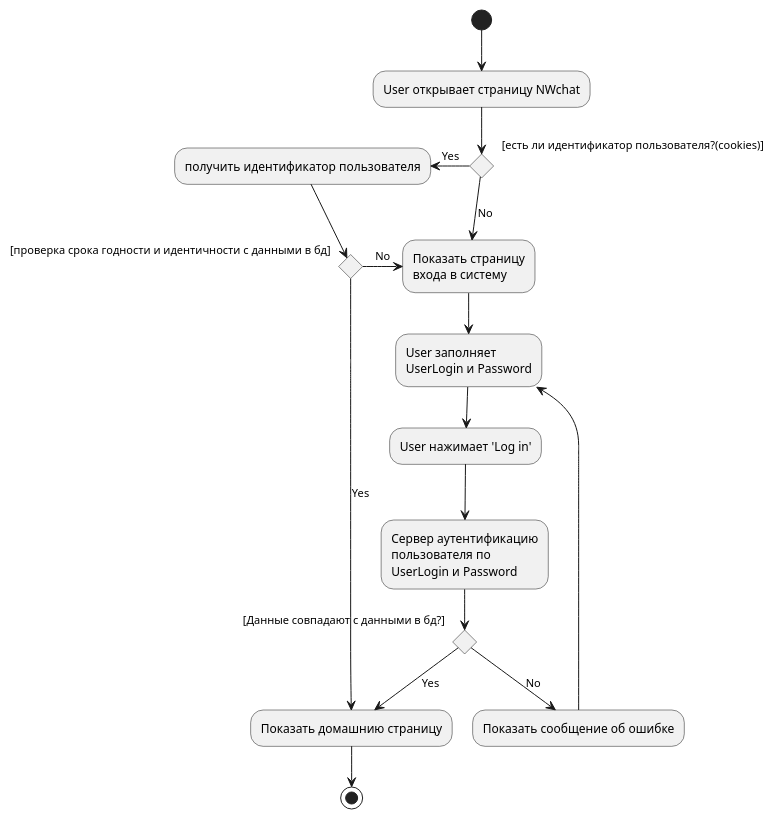
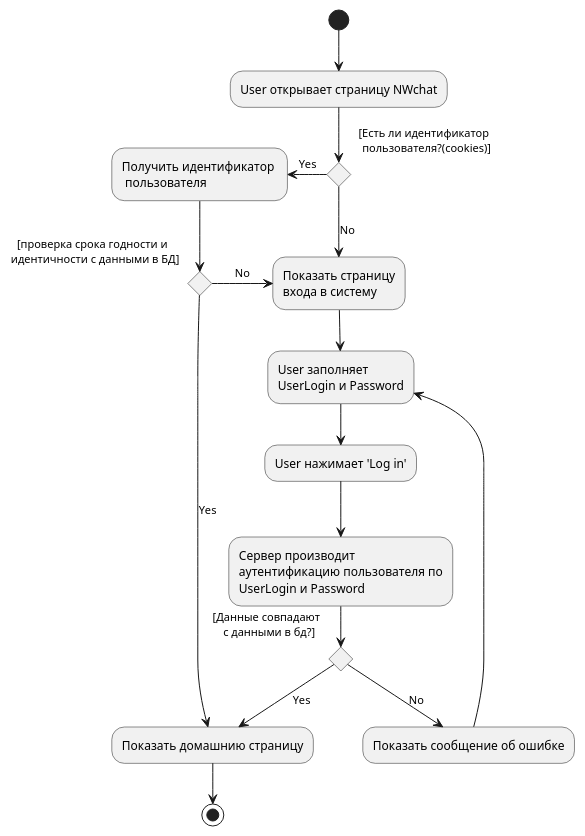
Before and after one commit to Pahoomich/nwchat: the diagram in UML/activity/login_activity.puml, drawn with PlantUML. The commit also changed 1 other file, not shown here.

```diff
--- a/UML/activity/login_activity.puml
+++ b/UML/activity/login_activity.puml
@@ -1,27 +1,27 @@
 @startuml
 
 (*) --> "User открывает страницу NWchat" as init
-if "[есть ли идентификатор пользователя?(cookies)]" then
-  -left->[Yes] "получить идентификатор пользователя"
-  if "[проверка срока годности и идентичности с данными в бд]" then
+if "[Есть ли идентификатор \n пользователя?(cookies)]" then
+  -left->[Yes] "Получить идентификатор \n пользователя"
+  if "[проверка срока годности и \n идентичности с данными в БД]" then
     --> [Yes] "Показать домашнию страницу" as home
     --> (*)
     else
      -> [No] "Показать страницу
             входа в систему" as loginP
   endif
   else
     -->[No] loginP
    --> "User заполняет
     UserLogin и Password" as fills
    --> "User нажимает 'Log in'"
-   --> "Сервер аутентификацию
-   пользователя по
+   --> "Сервер производит
+    аутентификацию пользователя по
     UserLogin и Password"
-   if "[Данные совпадают с данными в бд?]" then
+   if "[Данные совпадают \n с данными в бд?]" then
     -->[Yes] home
    else
     -->[No] "Показать сообщение об ошибке"
     -->fills
 endif
 @enduml
```
